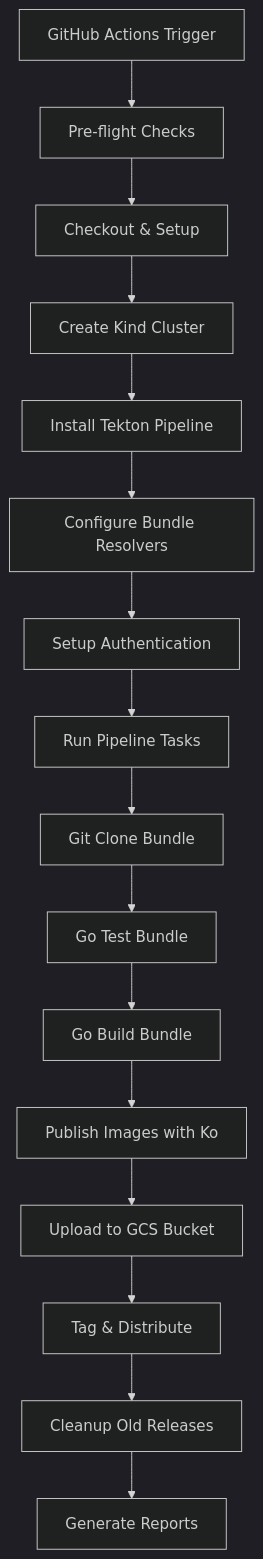
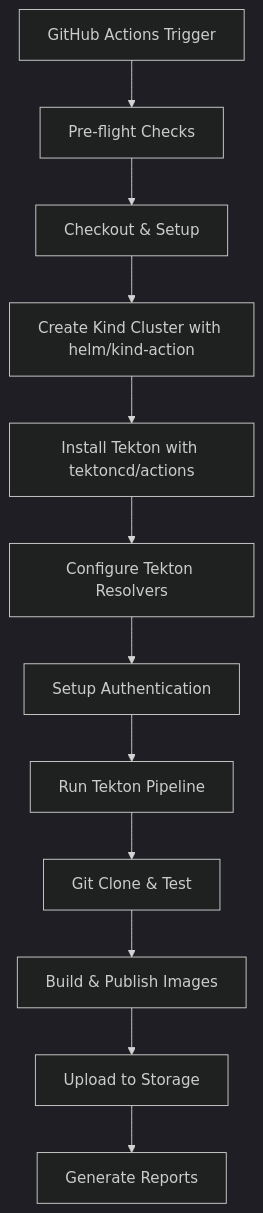
The diagram in docs/nightly-releases.md (anithapriyanatarajan/pipeline), drawn with Mermaid (dark theme) before and after one commit. The commit also changed other lines of this file and 2 other files, not shown here.

````diff
--- a/docs/nightly-releases.md
+++ b/docs/nightly-releases.md
@@ -37,18 +37,14 @@
 ```mermaid
 graph TD
     A[GitHub Actions Trigger] --> B[Pre-flight Checks]
     B --> C[Checkout & Setup]
-    C --> D[Create Kind Cluster]
-    D --> E[Install Tekton Pipeline]
-    E --> F[Configure Bundle Resolvers]
+    C --> D[Create Kind Cluster with helm/kind-action]
+    D --> E[Install Tekton with tektoncd/actions]
+    E --> F[Configure Tekton Resolvers]
     F --> G[Setup Authentication]
-    G --> H[Run Pipeline Tasks]
-    H --> I[Git Clone Bundle]
-    I --> J[Go Test Bundle]
-    J --> K[Go Build Bundle]
-    K --> L[Publish Images with Ko]
-    L --> M[Upload to GCS Bucket]
-    M --> N[Tag & Distribute]
-    N --> O[Cleanup Old Releases]
-    O --> P[Generate Reports]
+    G --> H[Run Tekton Pipeline]
+    H --> I[Git Clone & Test]
+    I --> J[Build & Publish Images]
+    J --> K[Upload to Storage]
+    K --> L[Generate Reports]
 ```
````
